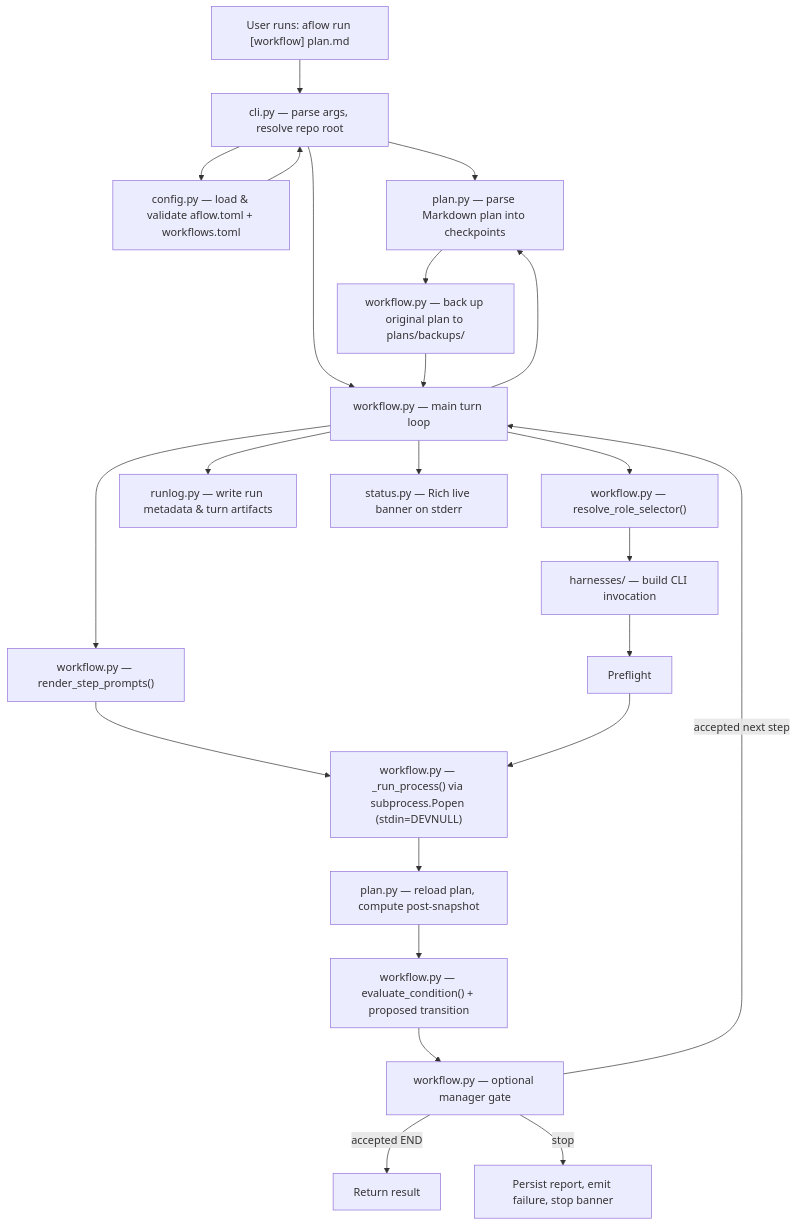
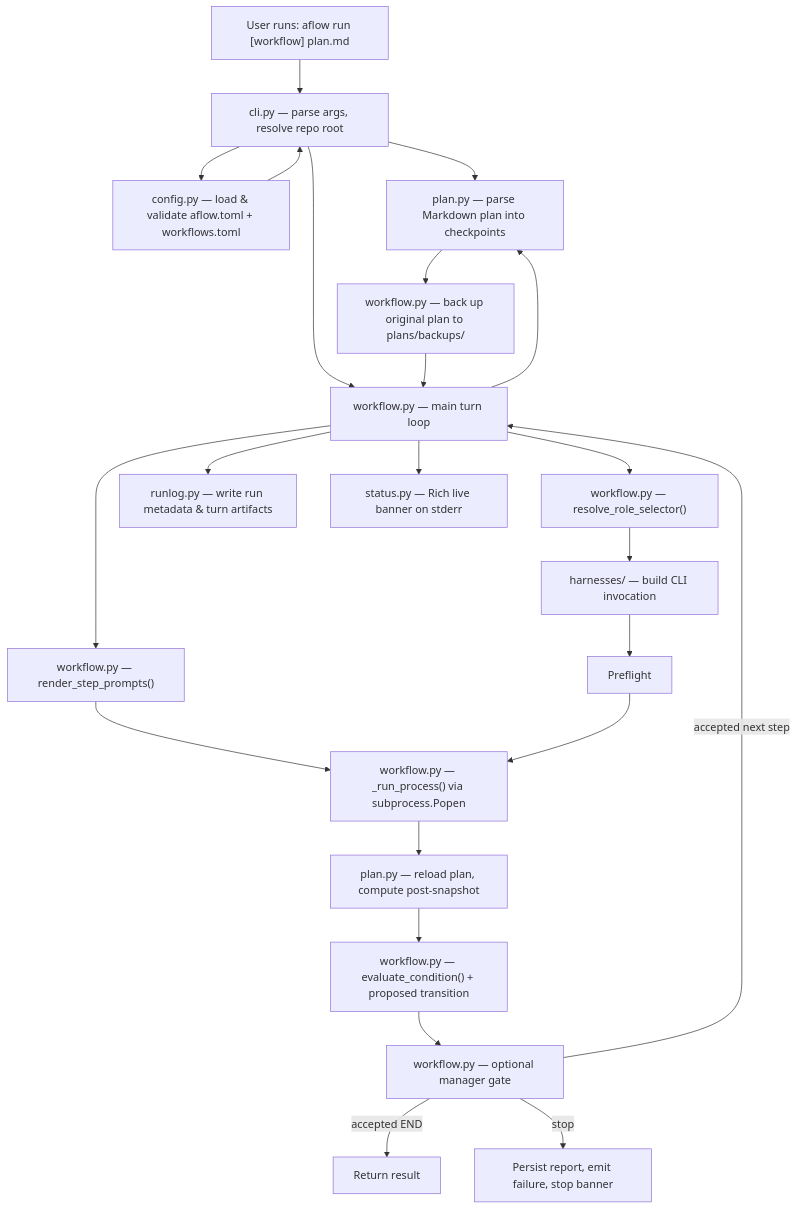
One commit to evrenesat/aworkflow changed the diagram in ARCHITECTURE.md. Above: the diagram before and after it, drawn with Mermaid. The commit also changed other lines of this file and 23 other files, not shown here.

````diff
--- a/ARCHITECTURE.md
+++ b/ARCHITECTURE.md
@@ -15,41 +15,41 @@
 ```mermaid
 flowchart TD
     User["User runs: aflow run [workflow] plan.md"]
     CLI["cli.py — parse args, resolve repo root"]
     Config["config.py — load & validate aflow.toml + workflows.toml"]
     PlanParse["plan.py — parse Markdown plan into checkpoints"]
     Backup["workflow.py — back up original plan to plans/backups/"]
     WorkflowLoop["workflow.py — main turn loop"]
     PromptRender["workflow.py — render_step_prompts()"]
     Role["workflow.py — resolve_role_selector()"]
     Adapter["harnesses/ — build CLI invocation"]
-    Subprocess["workflow.py — _run_process() via subprocess.Popen (stdin=DEVNULL)"]
+    Subprocess["workflow.py — _run_process() via subprocess.Popen"]
     PlanReload["plan.py — reload plan, compute post-snapshot"]
     Transition["workflow.py — evaluate_condition() + proposed transition"]
     Manager["workflow.py — optional manager gate"]
     RunLog["runlog.py — write run metadata & turn artifacts"]
     Banner["status.py — Rich live banner on stderr"]
 
     User --> CLI
     CLI --> Config
     Config --> CLI
     CLI --> PlanParse
     CLI --> WorkflowLoop
     WorkflowLoop --> PlanParse
     PlanParse --> Backup
     Backup --> WorkflowLoop
     WorkflowLoop --> PromptRender
     WorkflowLoop --> Role
     Role --> Adapter
     PromptRender --> Subprocess
     Adapter --> Preflight
     Preflight --> Subprocess
     Subprocess --> PlanReload
     PlanReload --> Transition
     Transition --> Manager
     Manager -->|"accepted next step"| WorkflowLoop
     Manager -->|"accepted END"| Done["Return result"]
     Manager -->|"stop"| Stopped["Persist report, emit failure, stop banner"]
     WorkflowLoop --> RunLog
     WorkflowLoop --> Banner
 ```
````
